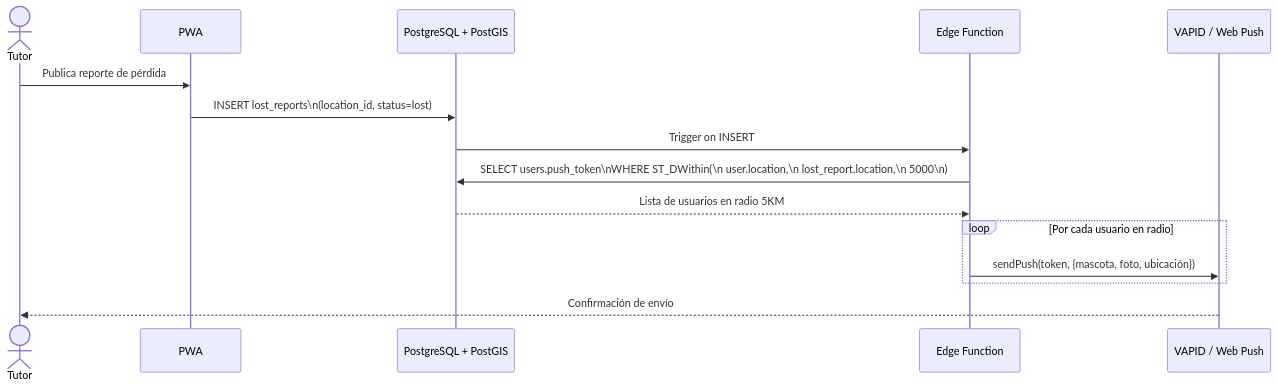
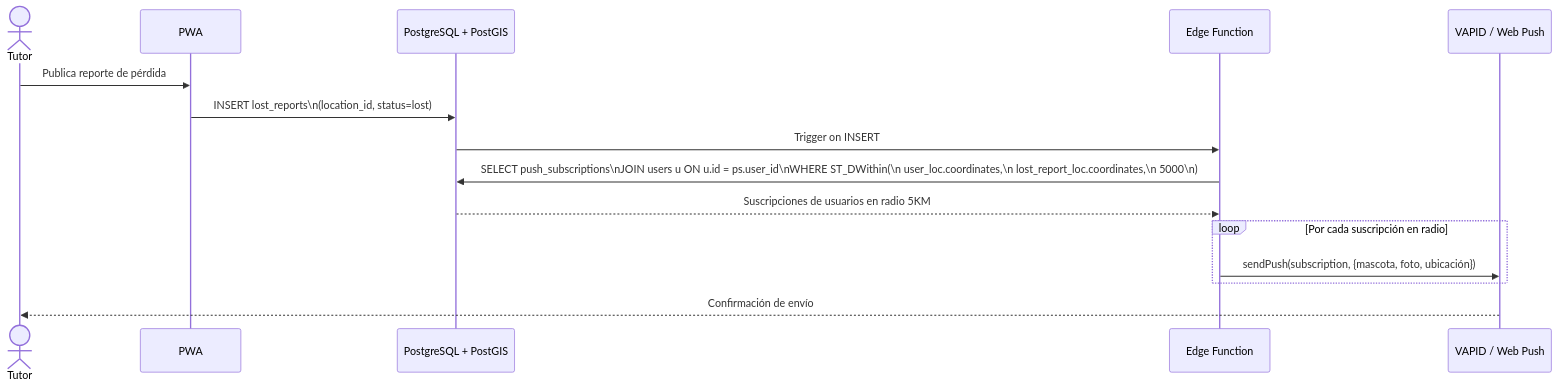
Diagram 13 of 22 in docs/system-architecture.md (NachoGonzalezParks/Appatitas), drawn with Mermaid before and after one commit. The commit also changed other lines of this file and 21 other files, not shown here.

````diff
--- a/docs/system-architecture.md
+++ b/docs/system-architecture.md
@@ -502,21 +549,21 @@
 ```mermaid
 sequenceDiagram
     actor T as Tutor
     participant PWA
     participant DB as PostgreSQL + PostGIS
     participant EF as Edge Function
     participant VP as VAPID / Web Push
 
     T->>PWA: Publica reporte de pérdida
     PWA->>DB: INSERT lost_reports\n(location_id, status=lost)
     DB->>EF: Trigger on INSERT
 
-    EF->>DB: SELECT users.push_token\nWHERE ST_DWithin(\n  user.location,\n  lost_report.location,\n  5000\n)
-    DB-->>EF: Lista de usuarios en radio 5KM
+    EF->>DB: SELECT push_subscriptions\nJOIN users u ON u.id = ps.user_id\nWHERE ST_DWithin(\n  user_loc.coordinates,\n  lost_report_loc.coordinates,\n  5000\n)
+    DB-->>EF: Suscripciones de usuarios en radio 5KM
 
-    loop Por cada usuario en radio
-        EF->>VP: sendPush(token, {mascota, foto, ubicación})
+    loop Por cada suscripción en radio
+        EF->>VP: sendPush(subscription, {mascota, foto, ubicación})
     end
 
     VP-->>T: Confirmación de envío
 ```
````
